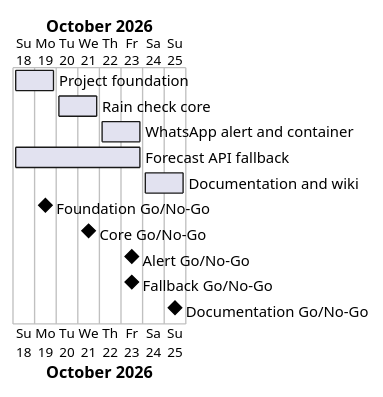
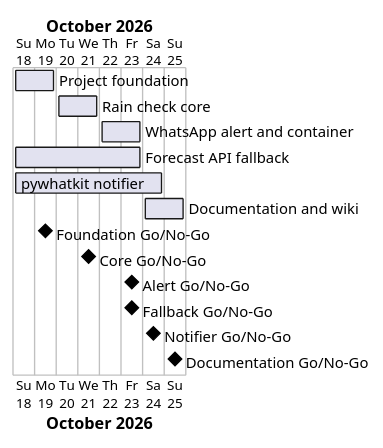
Before and after one commit to Tirsvad-Udemy-100-days-of-code/035-rain-alert: the diagram in docs/project-plan.md, drawn with PlantUML. The commit also changed other lines of this file and 10 other files, not shown here.

Commit message:
Plan MIL-006: pywhatkit notifier, Business Case, ADR-0001, dictionary and plan amendments, reviews

````diff
--- a/docs/project-plan.md
+++ b/docs/project-plan.md
@@ -40,15 +41,17 @@
 ```plantuml
 @startgantt
 Project starts 2026-10-18
 [Project foundation] starts 2026-10-18 and ends 2026-10-19
 [Rain check core] starts 2026-10-20 and ends 2026-10-21
 [WhatsApp alert and container] starts 2026-10-22 and ends 2026-10-23
 [Forecast API fallback] starts 2026-10-18 and ends 2026-10-23
+[pywhatkit notifier] starts 2026-10-18 and ends 2026-10-24
 [Documentation and wiki] starts 2026-10-24 and ends 2026-10-25
 [Foundation Go/No-Go] happens 2026-10-19
 [Core Go/No-Go] happens 2026-10-21
 [Alert Go/No-Go] happens 2026-10-23
 [Fallback Go/No-Go] happens 2026-10-23
+[Notifier Go/No-Go] happens 2026-10-24
 [Documentation Go/No-Go] happens 2026-10-25
 @endgantt
 ```
````
